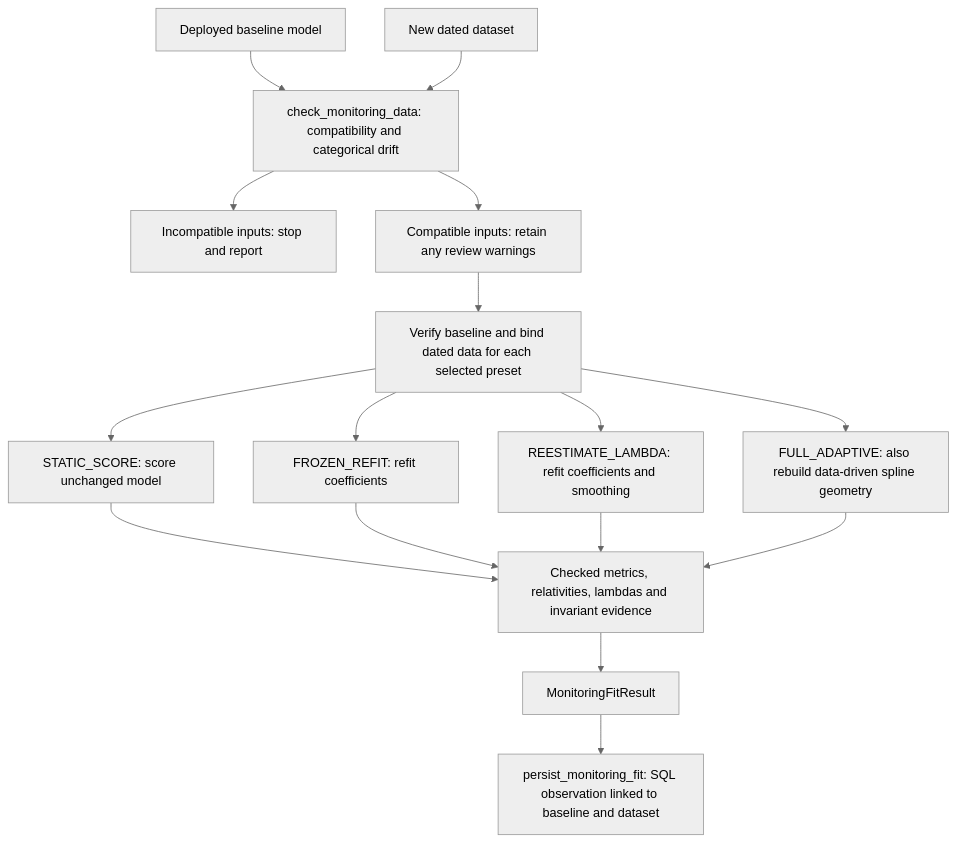
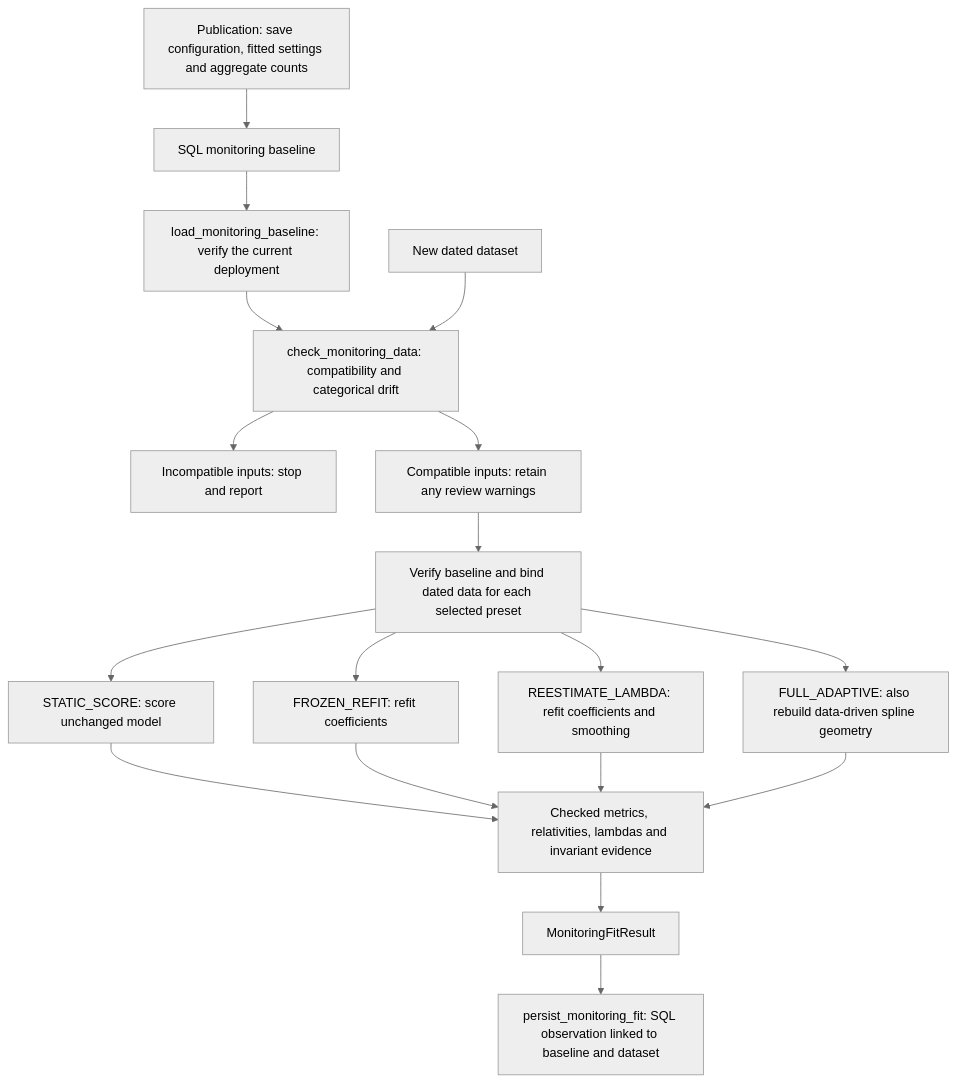
The second of 2 diagrams in docs/package-flows.md (StrudelDoodleS/superglm-pricing-pipeline), drawn with Mermaid (neutral theme) before and after one commit. The commit also changed other lines of this file and 43 other files, not shown here.

Commit message:
Load recurring monitoring baselines from SQL

````diff
--- a/docs/package-flows.md
+++ b/docs/package-flows.md
@@ -150,18 +155,20 @@
 ```mermaid
 flowchart TD
-    B["Deployed baseline model"] --> C["check_monitoring_data: compatibility and categorical drift"]
+    P0["Publication: save configuration, fitted settings and aggregate counts"] --> SQL["SQL monitoring baseline"]
+    SQL --> B["load_monitoring_baseline: verify the current deployment"]
+    B --> C["check_monitoring_data: compatibility and categorical drift"]
     D["New dated dataset"] --> C
     C --> Q["Incompatible inputs: stop and report"]
     C --> W["Compatible inputs: retain any review warnings"]
     W --> V["Verify baseline and bind dated data for each selected preset"]
     V --> S["STATIC_SCORE: score unchanged model"]
     V --> F["FROZEN_REFIT: refit coefficients"]
     V --> L["REESTIMATE_LAMBDA: refit coefficients and smoothing"]
     V --> A["FULL_ADAPTIVE: also rebuild data-driven spline geometry"]
     S --> E["Checked metrics, relativities, lambdas and invariant evidence"]
     F --> E
     L --> E
     A --> E
     E --> R["MonitoringFitResult"]
     R --> P["persist_monitoring_fit: SQL observation linked to baseline and dataset"]
 ```
````
